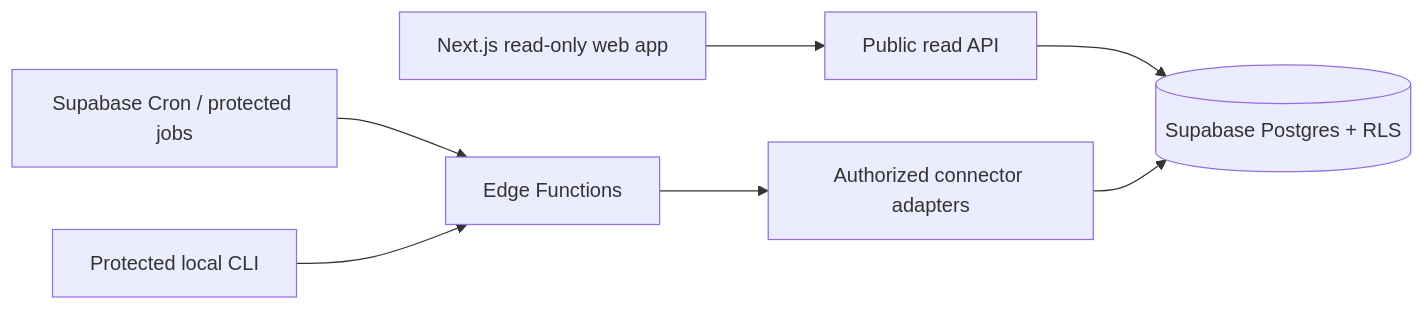
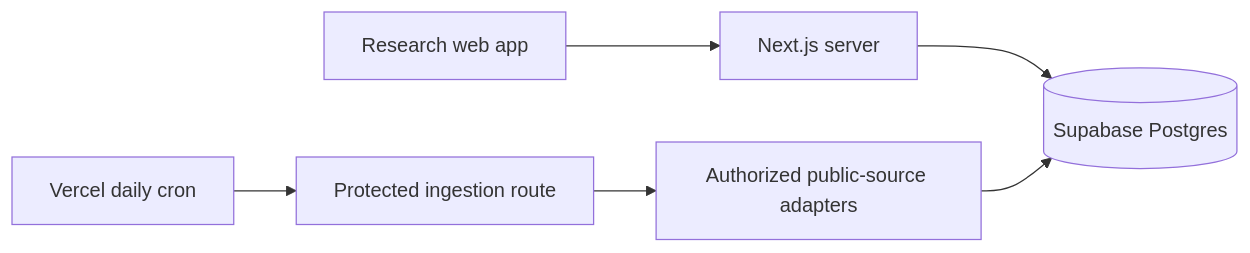
One commit to arnavsharma0727/Signal-Scout changed the diagram in README.md. Above: the diagram before and after it, drawn with Mermaid. The commit also changed other lines of this file and 8 other files, not shown here.

````diff
--- a/README.md
+++ b/README.md
@@ -11,9 +11,8 @@
 ```mermaid
 flowchart LR
-  Browser[Next.js read-only web app] --> API[Public read API]
-  API --> DB[(Supabase Postgres + RLS)]
-  Jobs[Supabase Cron / protected jobs] --> Edge[Edge Functions]
-  Edge --> Connectors[Authorized connector adapters]
+  Browser[Research web app] --> Server[Next.js server]
+  Server --> DB[(Supabase Postgres)]
+  Cron[Vercel daily cron] --> Guard[Protected ingestion route]
+  Guard --> Connectors[Authorized public-source adapters]
   Connectors --> DB
-  CLI[Protected local CLI] --> Edge
 ```
````
